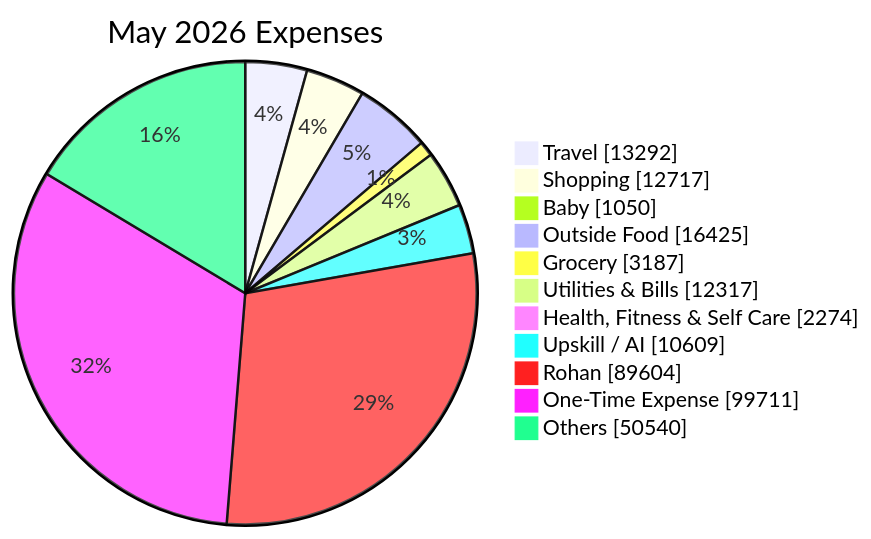
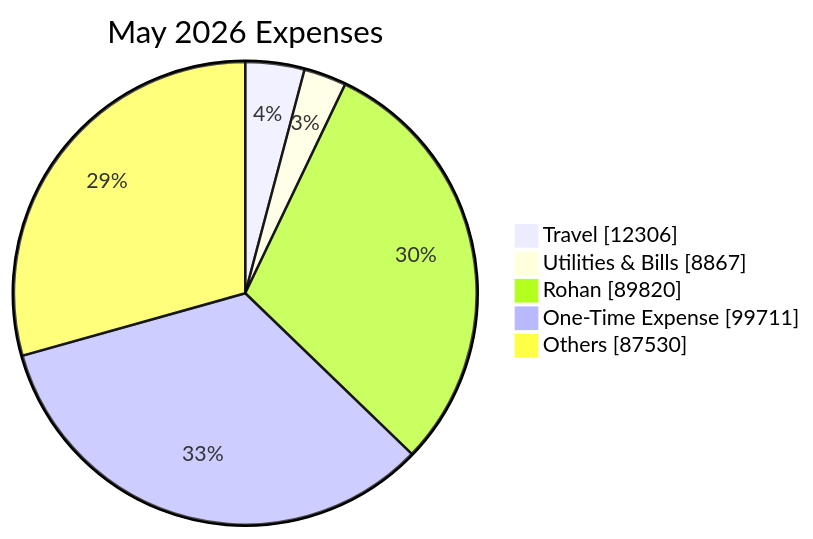
One commit to sachin-hg/expense-reporter changed the second of 2 diagrams in reports/2026-05.md. Above: the diagram before and after it, drawn with Mermaid. The commit also changed other lines of this file and 7 other files, not shown here.

````diff
--- a/reports/2026-05.md
+++ b/reports/2026-05.md
@@ -44,15 +39,9 @@
 ```mermaid
 pie showData
     title May 2026 Expenses
-    "Travel" : 13292
-    "Shopping" : 12717
-    "Baby" : 1050
-    "Outside Food" : 16425
-    "Grocery" : 3187
-    "Utilities & Bills" : 12317
-    "Health, Fitness & Self Care" : 2274
-    "Upskill / AI" : 10609
-    "Rohan" : 89604
+    "Travel" : 12306
+    "Utilities & Bills" : 8867
+    "Rohan" : 89820
     "One-Time Expense" : 99711
-    "Others" : 50540
+    "Others" : 87530
 ```
````
